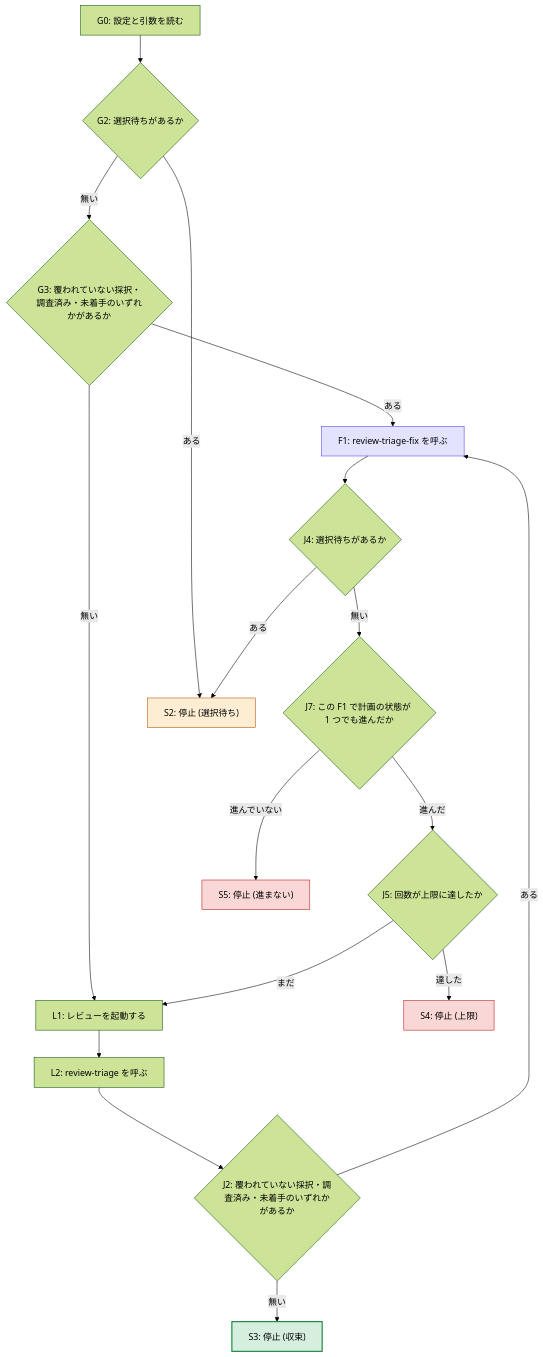
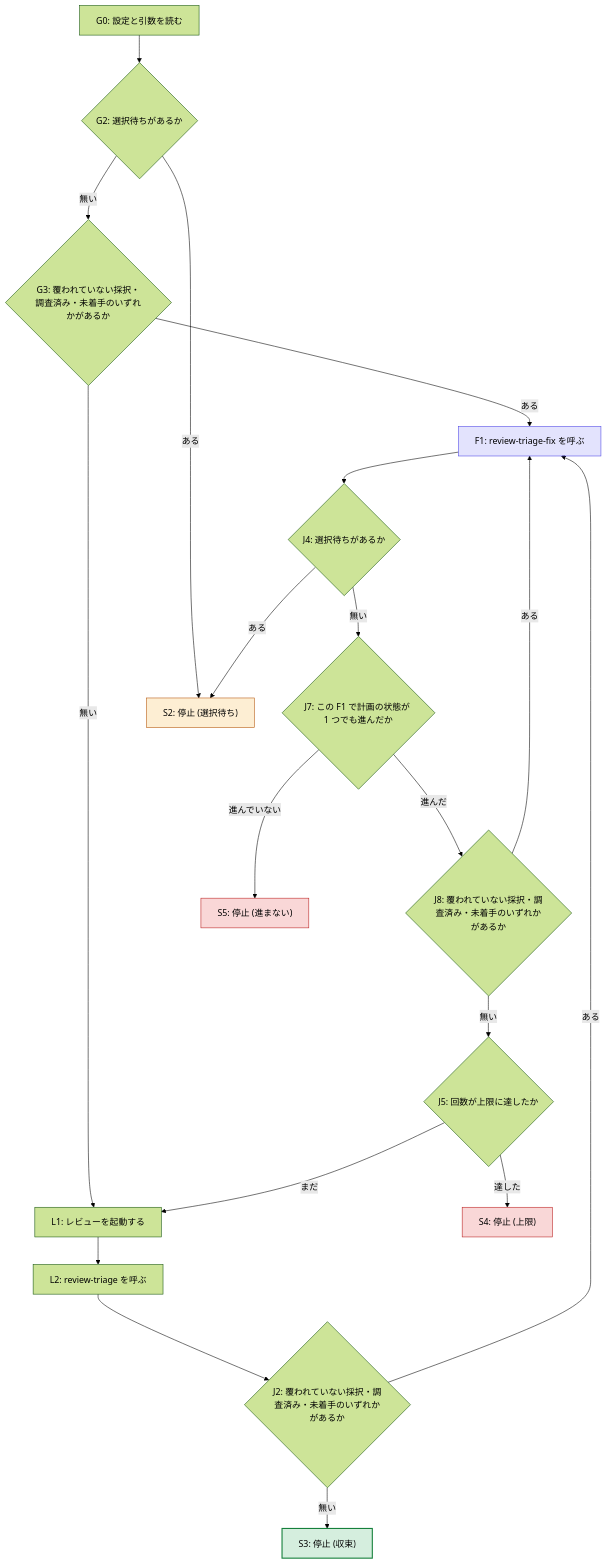
The diagram in review-triage/skills/review-triage-loop/references/loop-flow.md (akm/claude-plugins), drawn with Mermaid (forest theme) before and after one commit. The commit also changed other lines of this file and 1 other file, not shown here.

Commit message:
🐛 fix(review-triage-loop): F1 の後に残りを片付けてからレビューに進む
F1 の後の経路が J4 (選択待ち) と J7 (進捗) の 2 つの判定だけで次に進むため、
F1 が一部だけ進めて返ったとき (段 3 が 2 問題目で関門に失敗して止まる、
回 N+1 で立案者の選択に答えが無いまま返る) に、未修正の調査済み・未着手を
残したまま次のレビューが走っていた。同じファイルの方針が「調査済みと未着手は
レビューより先に片付ける」と定めているのに、その条件を入口 (G3) と L2 の後
(J2) にしか置いていなかったのが原因。

判定 J8 (J2 と同じ条件) を J7 の「進んだ」の先に足し、残っていれば F1 に戻す。
戻る経路は J7 が進捗を見るので、進まなくなった時点で S5 に落ちる。決定表に
J8 の行を足し、SKILL.md のノード ID の列挙にも足した。

Rules-Checked: yes

````diff
--- a/review-triage/skills/review-triage-loop/references/loop-flow.md
+++ b/review-triage/skills/review-triage-loop/references/loop-flow.md
@@ -20,40 +20,43 @@
 ```mermaid
 flowchart TD
   G0["G0: 設定と引数を読む"]
   G2{"G2: 選択待ちがあるか"}
   G3{"G3: 覆われていない採択・調査済み・未着手のいずれかがあるか"}
   L1["L1: レビューを起動する"]
   L2["L2: review-triage を呼ぶ"]
   J2{"J2: 覆われていない採択・調査済み・未着手のいずれかがあるか"}
   F1["F1: review-triage-fix を呼ぶ"]
   J4{"J4: 選択待ちがあるか"}
   J7{"J7: この F1 で計画の状態が 1 つでも進んだか"}
+  J8{"J8: 覆われていない採択・調査済み・未着手のいずれかがあるか"}
   J5{"J5: 回数が上限に達したか"}
   S2["S2: 停止 (選択待ち)"]
   S3["S3: 停止 (収束)"]
   S4["S4: 停止 (上限)"]
   S5["S5: 停止 (進まない)"]
 
   G0 --> G2
   G2 -- ある --> S2
   G2 -- 無い --> G3
   G3 -- ある --> F1
   G3 -- 無い --> L1
   L1 --> L2
   L2 --> J2
   J2 -- ある --> F1
   J2 -- 無い --> S3
   F1 --> J4
   J4 -- ある --> S2
   J4 -- 無い --> J7
   J7 -- 進んでいない --> S5
-  J7 -- 進んだ --> J5
+  J7 -- 進んだ --> J8
+  J8 -- ある --> F1
+  J8 -- 無い --> J5
   J5 -- 達した --> S4
   J5 -- まだ --> L1
 
   style S2 fill:#f59e0b2e,stroke:#b45309
   style S3 fill:#16a34a2e,stroke:#16803c,stroke-width:2px
   style S4 fill:#dc26262e,stroke:#b91c1c
   style S5 fill:#dc26262e,stroke:#b91c1c
   style F1 fill:#6366f12e,stroke:#4f46e5
 ```
````
